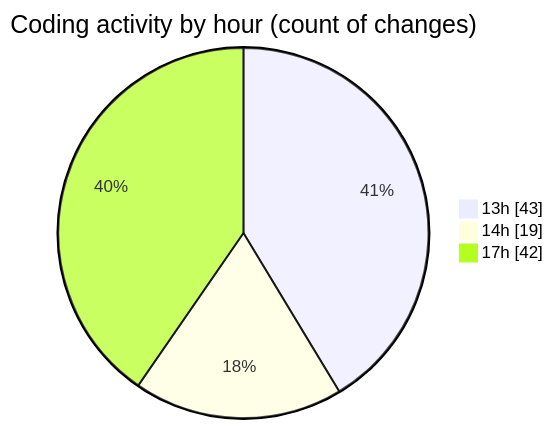
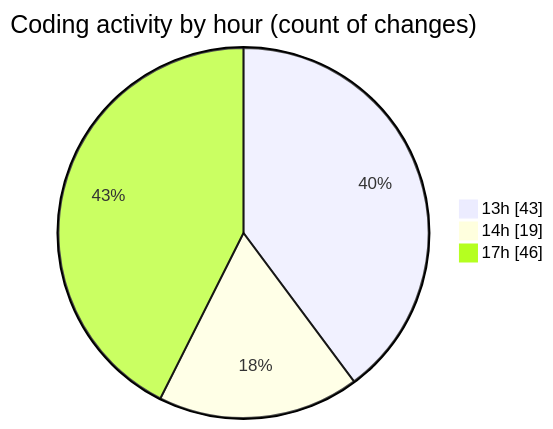
Before and after one commit to MatusMokan/code-tracking: the second of 2 diagrams in 2025-10-04/untitled__workspace_/README.md, drawn with Mermaid. The commit also changed other lines of this file and 1 other file, not shown here.

````diff
--- a/2025-10-04/untitled__workspace_/README.md
+++ b/2025-10-04/untitled__workspace_/README.md
@@ -46,7 +46,7 @@
 ```mermaid
 pie showData
 title Coding activity by hour (count of changes)
 "13h" : 43
 "14h" : 19
-"17h" : 42
+"17h" : 46
 ```
````
